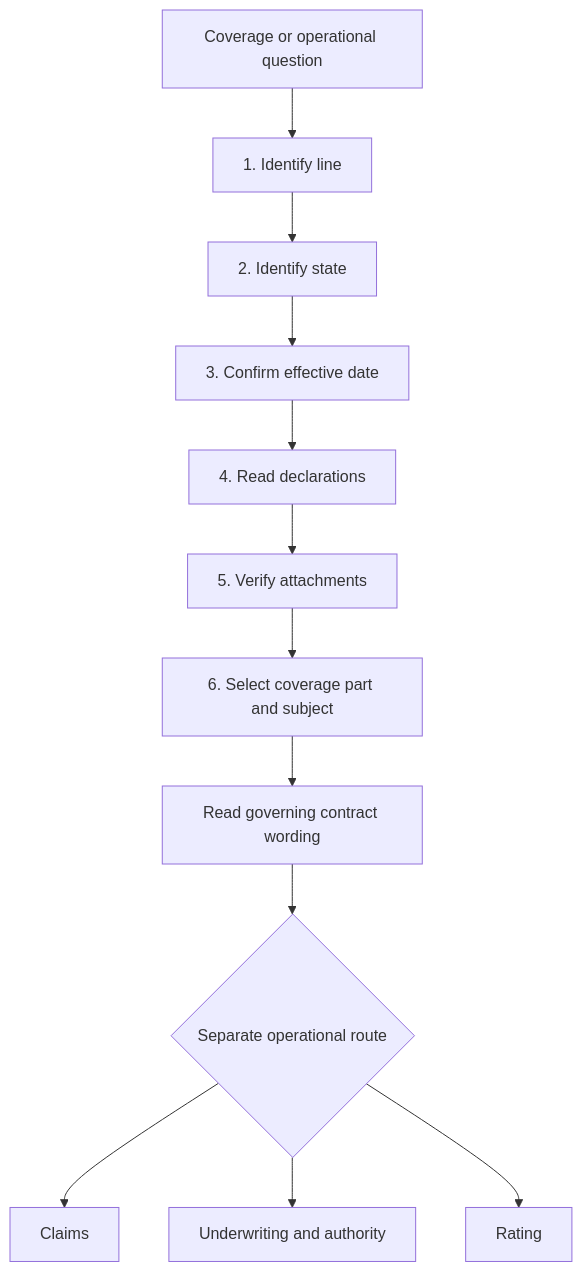
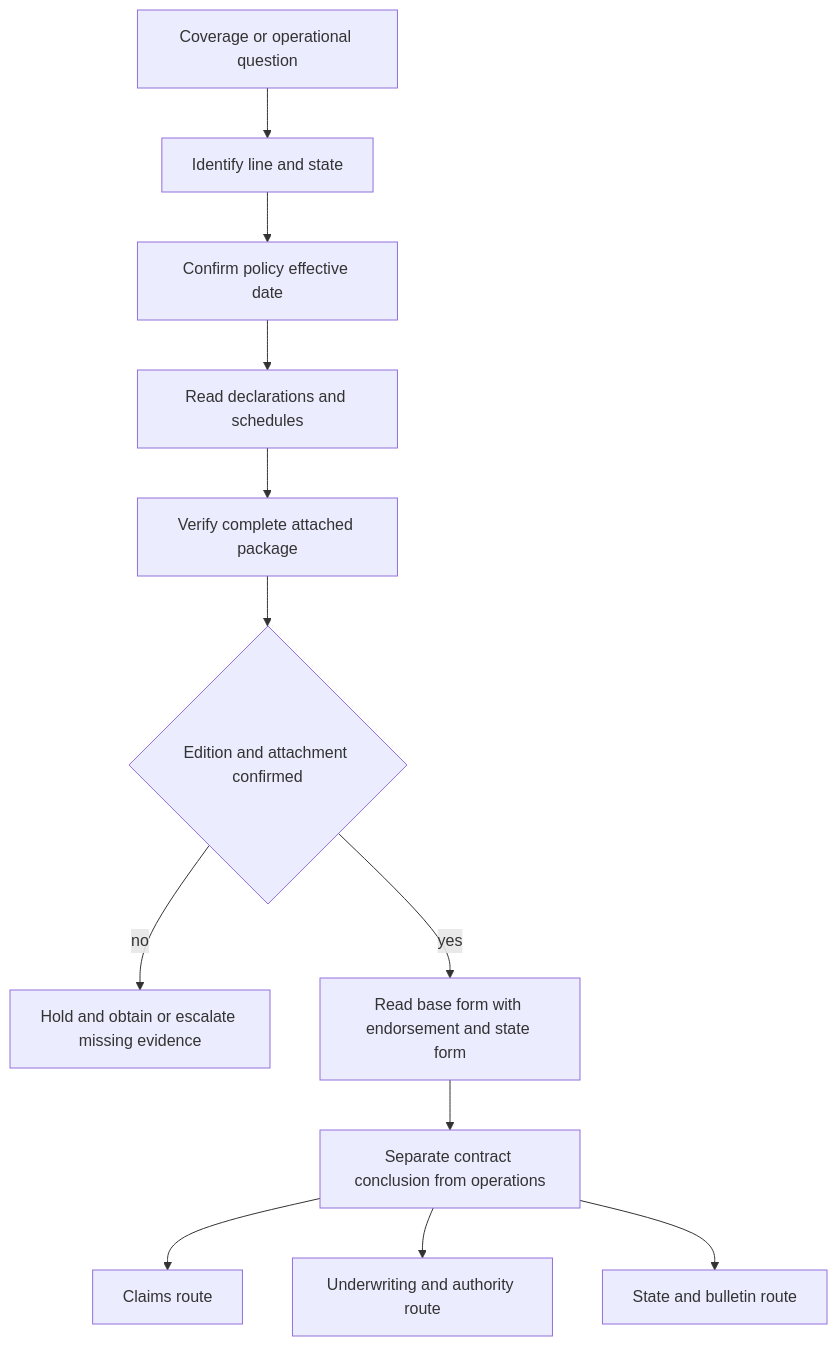
Before and after one commit to langchain-samples/openwiki-insurance-corpus: the diagram in openwiki/quickstart.md, drawn with Mermaid. The commit also changed other lines of this file and 8 other files, not shown here.

````diff
--- a/openwiki/quickstart.md
+++ b/openwiki/quickstart.md
@@ -81,14 +79,14 @@
 ```mermaid
 flowchart TD
-    question["Coverage or operational question"] --> line["1. Identify line"]
-    line --> state["2. Identify state"]
-    state --> date["3. Confirm effective date"]
-    date --> declarations["4. Read declarations"]
-    declarations --> attachments["5. Verify attachments"]
-    attachments --> subject["6. Select coverage part and subject"]
-    subject --> contract["Read governing contract wording"]
-    contract --> branch{"Separate operational route"}
-    branch --> claimroute["Claims"]
-    branch --> uwroute["Underwriting and authority"]
-    branch --> ratingroute["Rating"]
+    Q["Coverage or operational question"] --> L["Identify line and state"]
+    L --> D["Confirm policy effective date"]
+    D --> R["Read declarations and schedules"]
+    R --> A["Verify complete attached package"]
+    A --> E{"Edition and attachment confirmed"}
+    E -->|"no"| H["Hold and obtain or escalate missing evidence"]
+    E -->|"yes"| C["Read base form with endorsement and state form"]
+    C --> S["Separate contract conclusion from operations"]
+    S --> CL["Claims route"]
+    S --> UW["Underwriting and authority route"]
+    S --> ST["State and bulletin route"]
 ```
````
